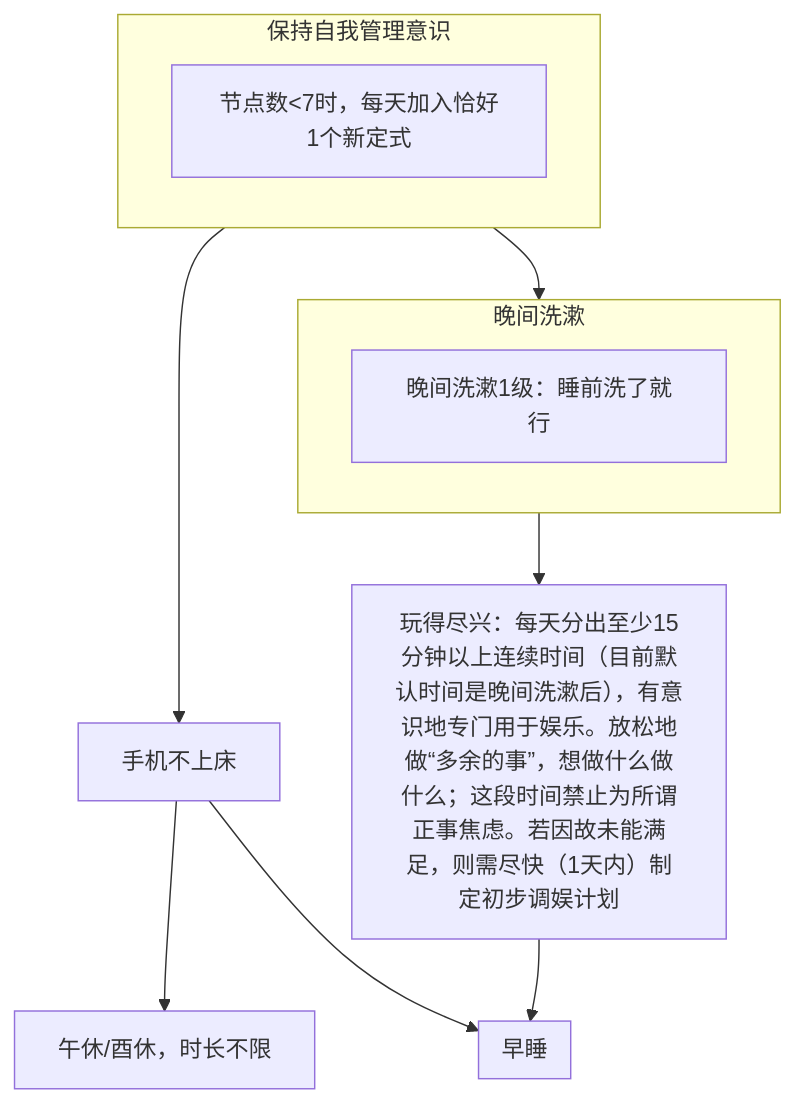
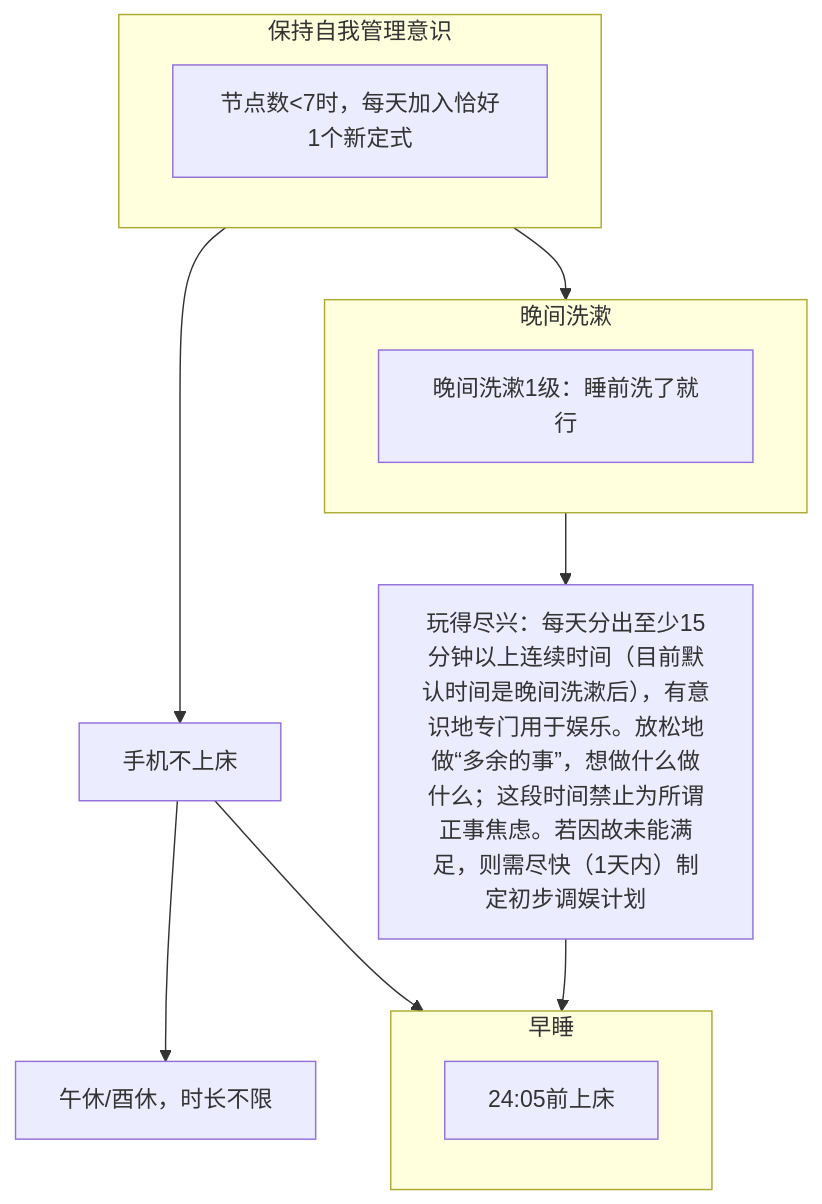
Before and after one commit to Ethkuil/RSIP-tree: the diagram in README.md, drawn with Mermaid.

Commit message:
insert #c: 24:05前上床

````diff
--- a/README.md
+++ b/README.md
@@ -7,22 +7,22 @@
 ```mermaid
 graph TD
 
 subgraph 5[保持自我管理意识]
 0[节点数<7时，每天加入恰好1个新定式]
 end
 
 5 --> 1[手机不上床]
 1 --> 2[午休/酉休，时长不限]
 
 5 --> 6
 subgraph 6[晚间洗漱]
 b[晚间洗漱1级：睡前洗了就行]
 end
 6 --> 8[玩得尽兴：每天分出至少15分钟以上连续时间（目前默认时间是晚间洗漱后），有意识地专门用于娱乐。放松地做“多余的事”，想做什么做什么；这段时间禁止为所谓正事焦虑。若因故未能满足，则需尽快（1天内）制定初步调娱计划]
 
 1 --> 9
 8 --> 9
 subgraph 9[早睡]
-
+c[24:05前上床]
 end
 ```
````
